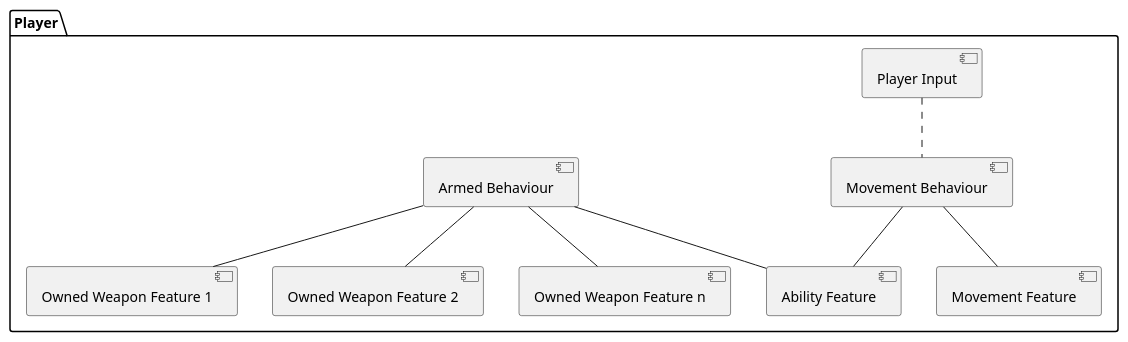
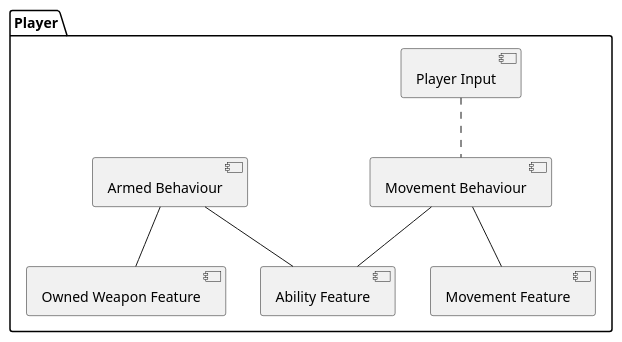
Before and after one commit to Famoose/marine-survivors: the diagram in docs/01_Implementation/Prefabs/Player.puml, drawn with PlantUML. The commit also changed 9 other files, not shown here.

Commit message:
Refactor on death, new diagrams

```diff
--- a/docs/01_Implementation/Prefabs/Player.puml
+++ b/docs/01_Implementation/Prefabs/Player.puml
@@ -1,24 +1,20 @@
 @startuml
 
 package Player {
     [Player Input] as playerInput
     [Movement Behaviour] as movementBeh
     [Armed Behaviour] as armedBeh
     [Movement Feature] as movementFea
-    [Owned Weapon Feature 1] as weaponFea1
-    [Owned Weapon Feature 2] as weaponFea2
-    [Owned Weapon Feature n] as weaponFean
+    [Owned Weapon Feature] as weaponFea
     [Ability Feature] as abilityFea
 }
 
 movementBeh -- movementFea
 movementBeh -- abilityFea
 
-armedBeh -- weaponFea1
-armedBeh -- weaponFea2
-armedBeh -- weaponFean
+armedBeh -- weaponFea
 armedBeh -- abilityFea
 
 playerInput .. movementBeh
 
 @enduml
```
